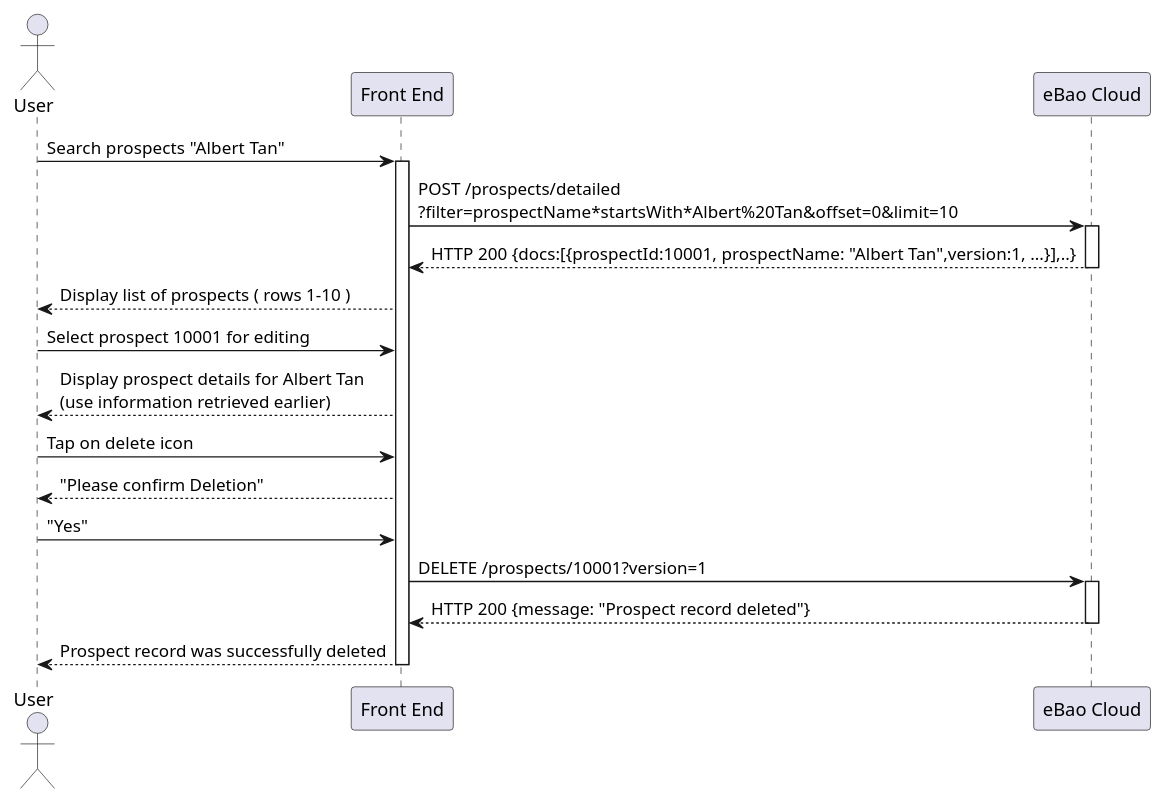
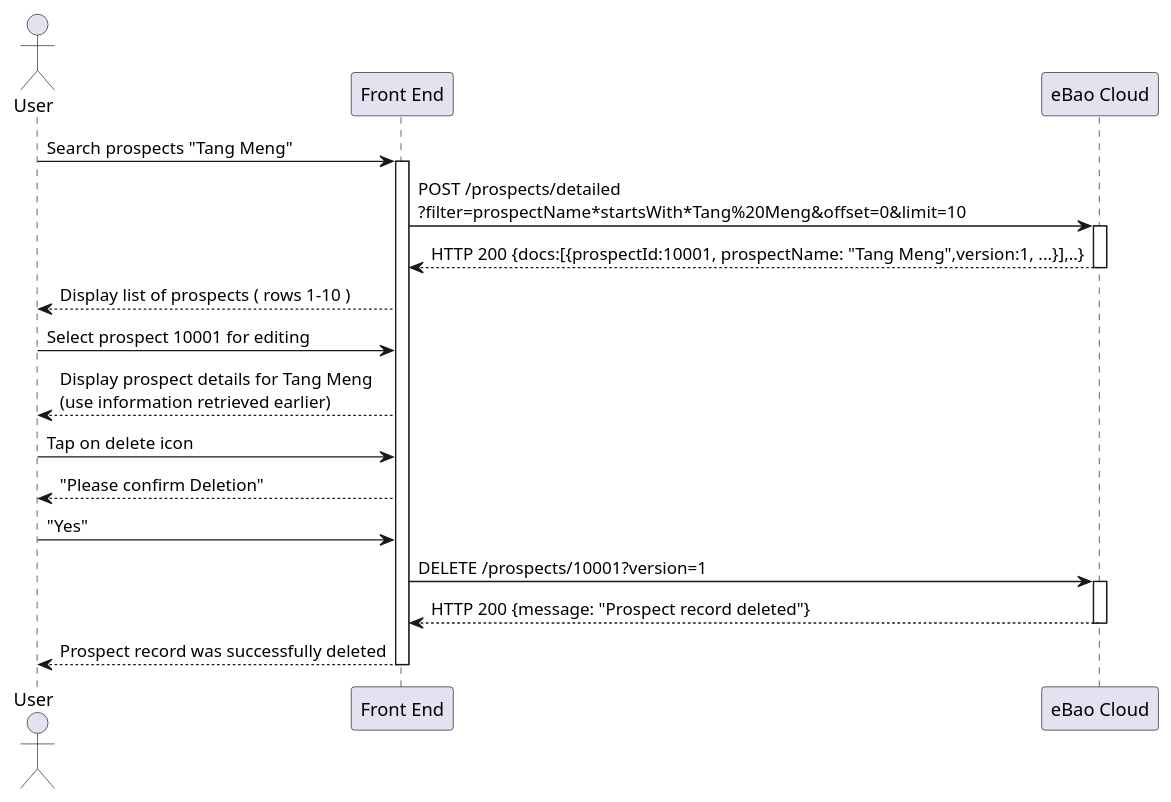
Before and after one commit to yitchoong/cloudapi: the sixth of 9 diagrams in markdown/prospects.md, drawn with PlantUML. The commit also changed other lines of this file and 3 other files, not shown here.

````diff
--- a/markdown/prospects.md
+++ b/markdown/prospects.md
@@ -211,25 +248,25 @@
 ```puml
 
 actor User
 participant "Front End" as F
 participant "eBao Cloud" as ebao
-User -> F : Search prospects "Albert Tan"
+User -> F : Search prospects "Tang Meng"
 activate F
-F -> ebao : POST /prospects/detailed\n?filter=prospectName*startsWith*Albert%20Tan&offset=0&limit=10
+F -> ebao : POST /prospects/detailed\n?filter=prospectName*startsWith*Tang%20Meng&offset=0&limit=10
 activate ebao
-ebao --> F : HTTP 200 {docs:[{prospectId:10001, prospectName: "Albert Tan",version:1, ...}],..}
+ebao --> F : HTTP 200 {docs:[{prospectId:10001, prospectName: "Tang Meng",version:1, ...}],..}
 deactivate ebao
 F --> User: Display list of prospects ( rows 1-10 )
 User -> F : Select prospect 10001 for editing
-F --> User : Display prospect details for Albert Tan\n(use information retrieved earlier)
+F --> User : Display prospect details for Tang Meng\n(use information retrieved earlier)
 User -> F : Tap on delete icon
 F --> User : "Please confirm Deletion"
 User -> F : "Yes"
 F -> ebao : DELETE /prospects/10001?version=1
 activate ebao
 ebao --> F : HTTP 200 {message: "Prospect record deleted"}
 deactivate ebao
 F --> User : Prospect record was successfully deleted
 deactivate F
 
 ```
````
